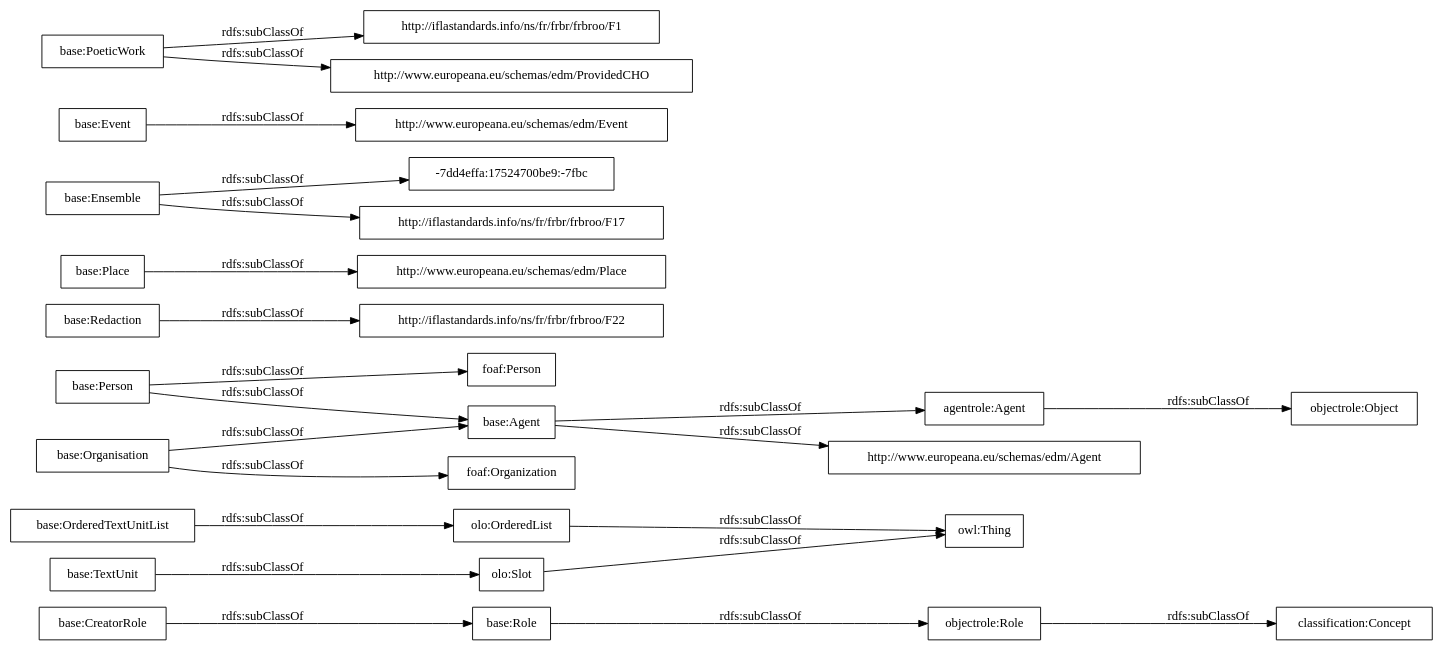
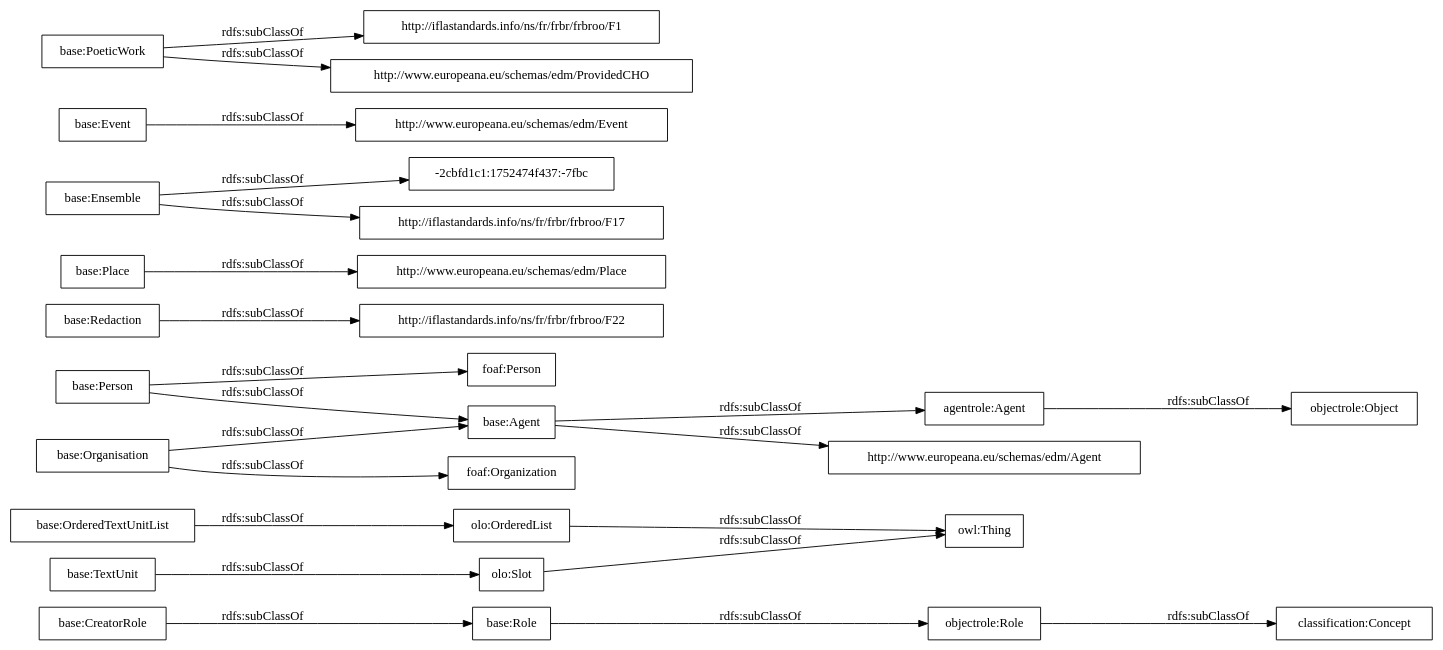
One commit to OnToologyUser/core-ontology-1 changed the diagram in OnToology/postdata-core.owl/diagrams/ar2dtool-taxonomy/postdata-core.owl.png.dot. Above: the diagram before and after it, drawn with Graphviz. The commit also changed 14 other files, not shown here.

```diff
--- a/OnToology/postdata-core.owl/diagrams/ar2dtool-taxonomy/postdata-core.owl.png.dot
+++ b/OnToology/postdata-core.owl/diagrams/ar2dtool-taxonomy/postdata-core.owl.png.dot
@@ -1,27 +1,27 @@
 digraph ar2dtool_diagram { 
 rankdir=LR;
 size="1000"
-node [shape = rectangle, color="black"]; "base:Role" "base:OrderedTextUnitList" "agentrole:Agent" "http://iflastandards.info/ns/fr/frbr/frbroo/F22" "http://www.europeana.eu/schemas/edm/Agent" "base:Agent" "base:CreatorRole" "base:Person" "base:Organisation" "http://www.europeana.eu/schemas/edm/Place" "base:Redaction" "base:Ensemble" "foaf:Person" "-7dd4effa:17524700be9:-7fbc" "http://www.europeana.eu/schemas/edm/Event" "base:TextUnit" "http://iflastandards.info/ns/fr/frbr/frbroo/F1" "foaf:Organization" "http://www.europeana.eu/schemas/edm/ProvidedCHO" "base:Place" "base:Event" "base:PoeticWork" "http://iflastandards.info/ns/fr/frbr/frbroo/F17" "owl:Thing" "objectrole:Role" "objectrole:Object" "olo:Slot" "olo:OrderedList" "classification:Concept" ; /*classes style*/
+node [shape = rectangle, color="black"]; "base:Role" "base:OrderedTextUnitList" "agentrole:Agent" "http://iflastandards.info/ns/fr/frbr/frbroo/F22" "http://www.europeana.eu/schemas/edm/Agent" "base:Agent" "base:CreatorRole" "base:Person" "base:Organisation" "http://www.europeana.eu/schemas/edm/Place" "base:Redaction" "base:Ensemble" "foaf:Person" "http://www.europeana.eu/schemas/edm/Event" "base:TextUnit" "http://iflastandards.info/ns/fr/frbr/frbroo/F1" "foaf:Organization" "http://www.europeana.eu/schemas/edm/ProvidedCHO" "base:Place" "base:Event" "-2cbfd1c1:1752474f437:-7fbc" "base:PoeticWork" "http://iflastandards.info/ns/fr/frbr/frbroo/F17" "owl:Thing" "objectrole:Role" "objectrole:Object" "olo:Slot" "olo:OrderedList" "classification:Concept" ; /*classes style*/
 	"base:Redaction" -> "http://iflastandards.info/ns/fr/frbr/frbroo/F22" [ label = "rdfs:subClassOf" ];
 	"base:Role" -> "objectrole:Role" [ label = "rdfs:subClassOf" ];
 	"base:Event" -> "http://www.europeana.eu/schemas/edm/Event" [ label = "rdfs:subClassOf" ];
 	"base:Person" -> "foaf:Person" [ label = "rdfs:subClassOf" ];
 	"base:Person" -> "base:Agent" [ label = "rdfs:subClassOf" ];
 	"olo:OrderedList" -> "owl:Thing" [ label = "rdfs:subClassOf" ];
 	"olo:Slot" -> "owl:Thing" [ label = "rdfs:subClassOf" ];
 	"base:PoeticWork" -> "http://www.europeana.eu/schemas/edm/ProvidedCHO" [ label = "rdfs:subClassOf" ];
 	"base:PoeticWork" -> "http://iflastandards.info/ns/fr/frbr/frbroo/F1" [ label = "rdfs:subClassOf" ];
 	"base:TextUnit" -> "olo:Slot" [ label = "rdfs:subClassOf" ];
 	"agentrole:Agent" -> "objectrole:Object" [ label = "rdfs:subClassOf" ];
-	"base:Ensemble" -> "-7dd4effa:17524700be9:-7fbc" [ label = "rdfs:subClassOf" ];
+	"base:Ensemble" -> "-2cbfd1c1:1752474f437:-7fbc" [ label = "rdfs:subClassOf" ];
 	"base:Ensemble" -> "http://iflastandards.info/ns/fr/frbr/frbroo/F17" [ label = "rdfs:subClassOf" ];
 	"base:OrderedTextUnitList" -> "olo:OrderedList" [ label = "rdfs:subClassOf" ];
 	"base:Agent" -> "agentrole:Agent" [ label = "rdfs:subClassOf" ];
 	"base:Agent" -> "http://www.europeana.eu/schemas/edm/Agent" [ label = "rdfs:subClassOf" ];
 	"objectrole:Role" -> "classification:Concept" [ label = "rdfs:subClassOf" ];
 	"base:Place" -> "http://www.europeana.eu/schemas/edm/Place" [ label = "rdfs:subClassOf" ];
 	"base:Organisation" -> "foaf:Organization" [ label = "rdfs:subClassOf" ];
 	"base:Organisation" -> "base:Agent" [ label = "rdfs:subClassOf" ];
 	"base:CreatorRole" -> "base:Role" [ label = "rdfs:subClassOf" ];
 
 }
```
